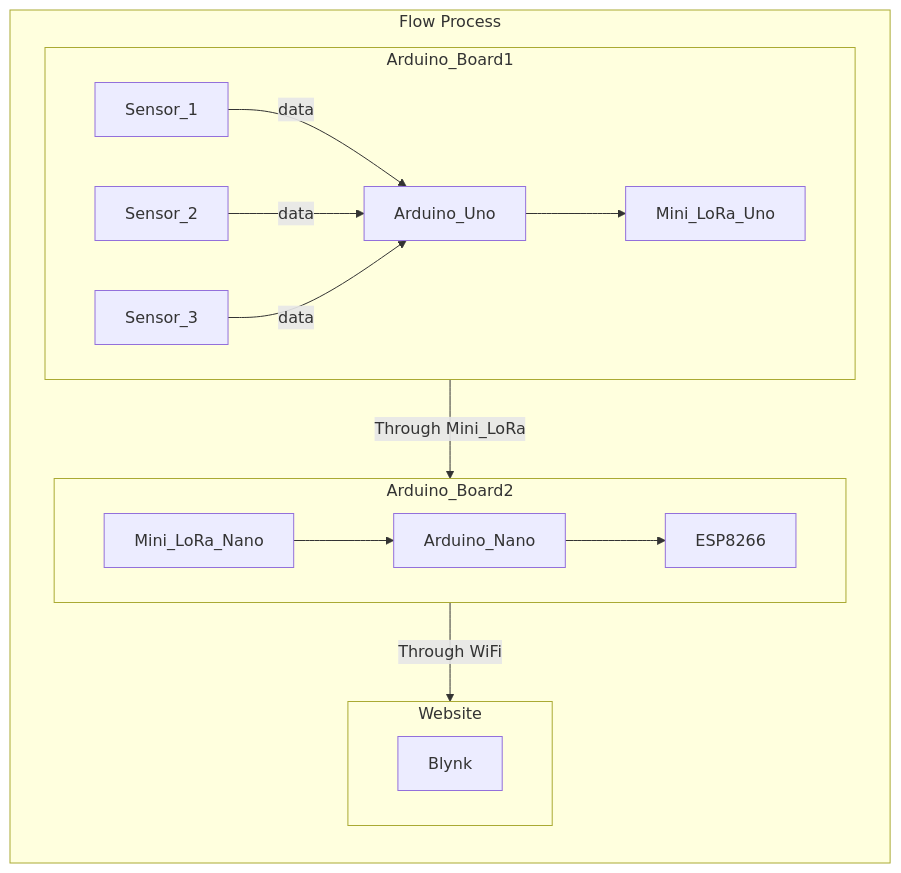
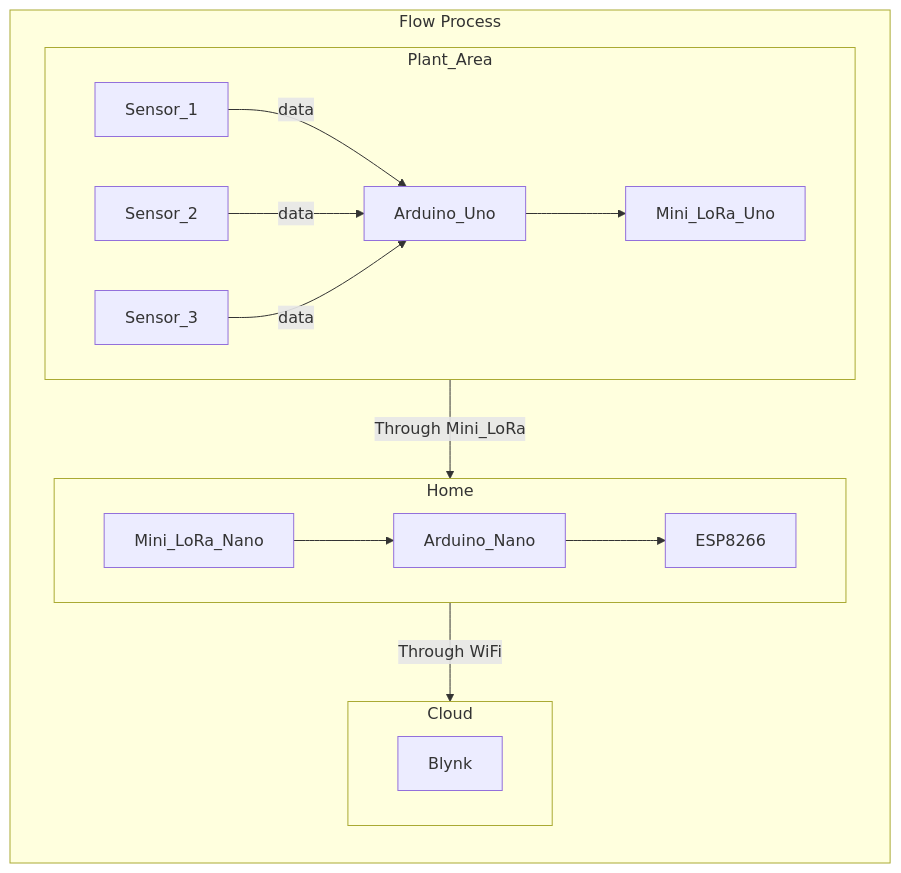
The diagram in README.md (william60302/IoT_Team2), drawn with Mermaid before and after one commit.

````diff
--- a/README.md
+++ b/README.md
@@ -34,24 +34,24 @@
 ```mermaid
 flowchart TB
   subgraph Flow Process
     direction TB
-    subgraph Arduino_Board1
+    subgraph Plant_Area
         direction LR
         Sensor_1 -- data --> Arduino_Uno
         Sensor_2 -- data --> Arduino_Uno
         Sensor_3 -- data --> Arduino_Uno
         Arduino_Uno --> Mini_LoRa_Uno
     end
-    subgraph Arduino_Board2
+    subgraph Home
         direction LR
         Mini_LoRa_Nano --> Arduino_Nano --> ESP8266
     end
-    subgraph Website
+    subgraph Cloud
         direction LR
         Blynk
     end
   end
-  Arduino_Board1-- Through Mini_LoRa --> Arduino_Board2
-  Arduino_Board2-- Through WiFi --> Website 
+  Plant_Area -- Through Mini_LoRa --> Home
+  Home -- Through WiFi --> Cloud 
 
 ```
````
